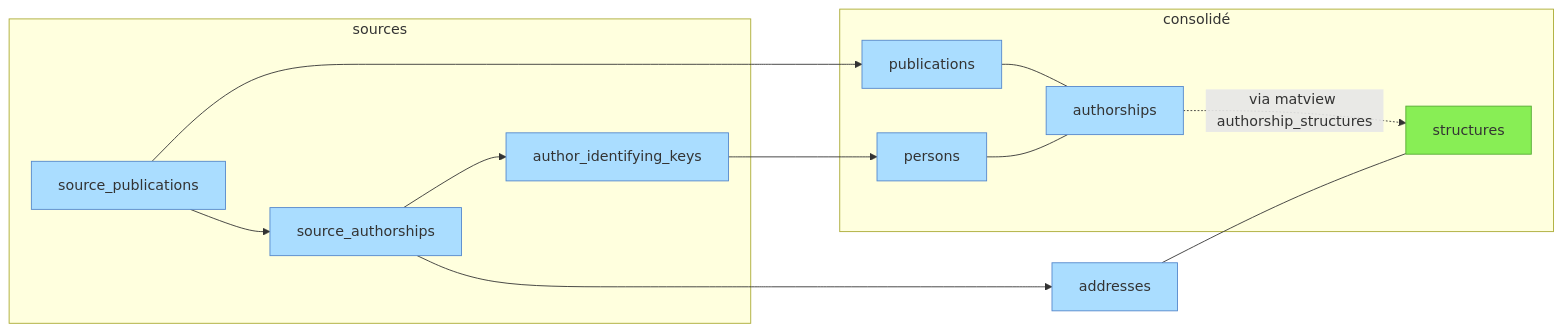
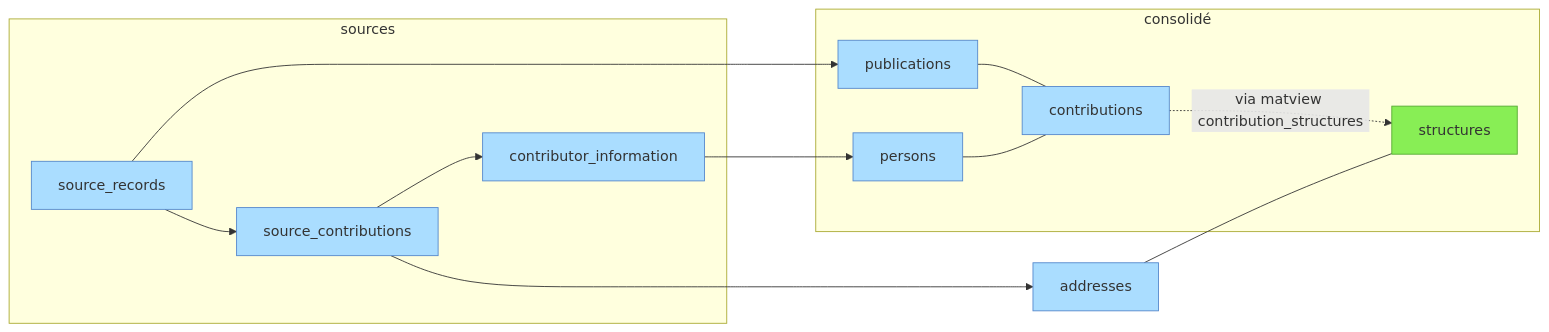
One commit to Y33sha/bibliometrie-uca changed the second of 2 diagrams in docs/donnees/01-vue-d-ensemble.md. Above: the diagram before and after it, drawn with Mermaid. The commit also changed other lines of this file and 560 other files, not shown here.

````diff
--- a/docs/donnees/01-vue-d-ensemble.md
+++ b/docs/donnees/01-vue-d-ensemble.md
@@ -34,22 +34,22 @@
 ```mermaid
 flowchart LR
     subgraph sources
-        source_publications-->source_authorships
-        source_authorships-->author_identifying_keys
+        source_records-->source_contributions
+        source_contributions-->contributor_information
     end
     subgraph consolidé
-        publications---authorships
-        persons---authorships
-        authorships-.->|via matview authorship_structures|structures
+        publications---contributions
+        persons---contributions
+        contributions-.->|via matview contribution_structures|structures
 
     end
-    source_authorships-->addresses
-    source_publications--->publications
-    author_identifying_keys--->persons
+    source_contributions-->addresses
+    source_records--->publications
+    contributor_information--->persons
     addresses---structures
 
     classDef manuel  fill:#8e5,stroke:#5a3
     classDef auto fill:#adf,stroke:#58c
     class structures manuel;
-    class source_authorships,source_publications,publications,authorships,persons,addresses,author_identifying_keys auto
+    class source_contributions,source_records,publications,contributions,persons,addresses,contributor_information auto
 ```
````
